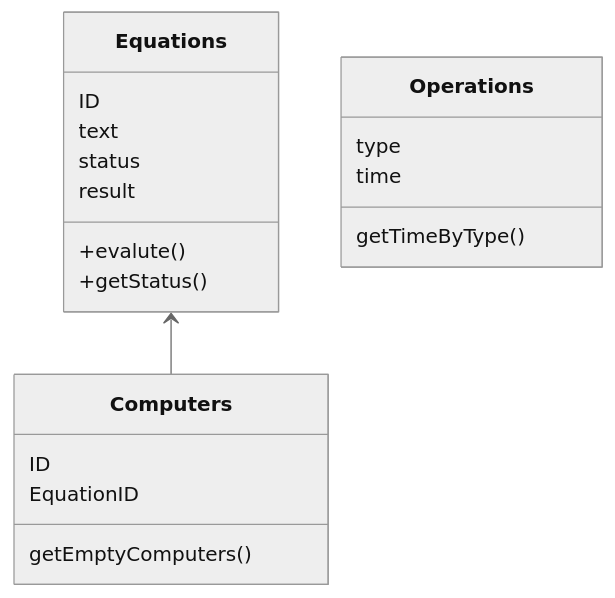
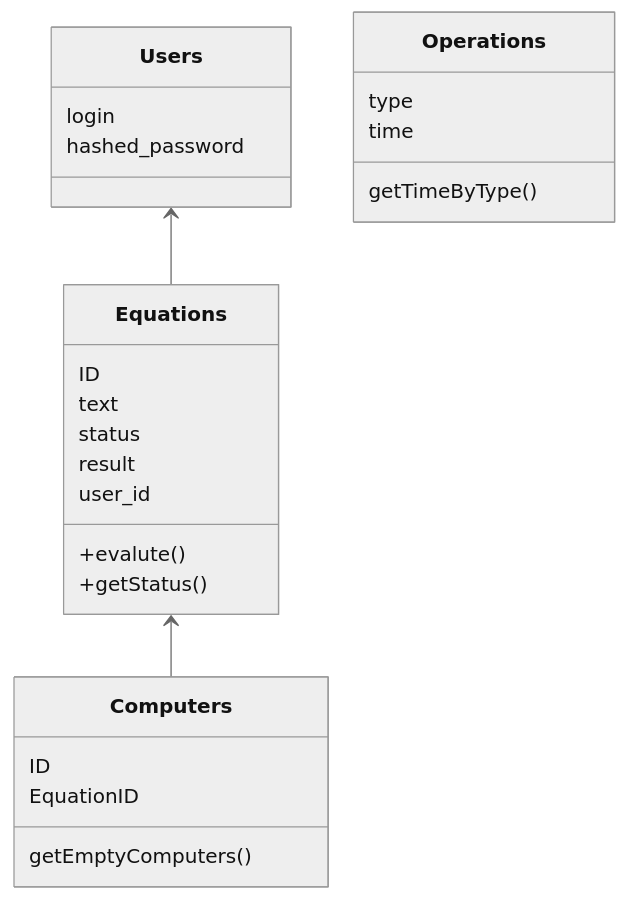
The first of 4 diagrams in README.md (Cyber-Zhaba/DistributedCalculator), drawn with Mermaid (neutral theme) before and after one commit. The commit also changed other lines of this file and 3 other files, not shown here.

````diff
--- a/README.md
+++ b/README.md
@@ -38,22 +38,28 @@
 ```mermaid
 classDiagram
+    Users <-- Equations
     Equations <-- Computers
+    class Users{
+      login
+      hashed_password
+    }
     class Equations{
       ID
       text
       status
       result
+      user_id
       +evalute()
       +getStatus()
     }
     class Computers{
       ID
       EquationID
       getEmptyComputers()
     }
     class Operations{
       type
       time
       getTimeByType()
     }
 ```
````
